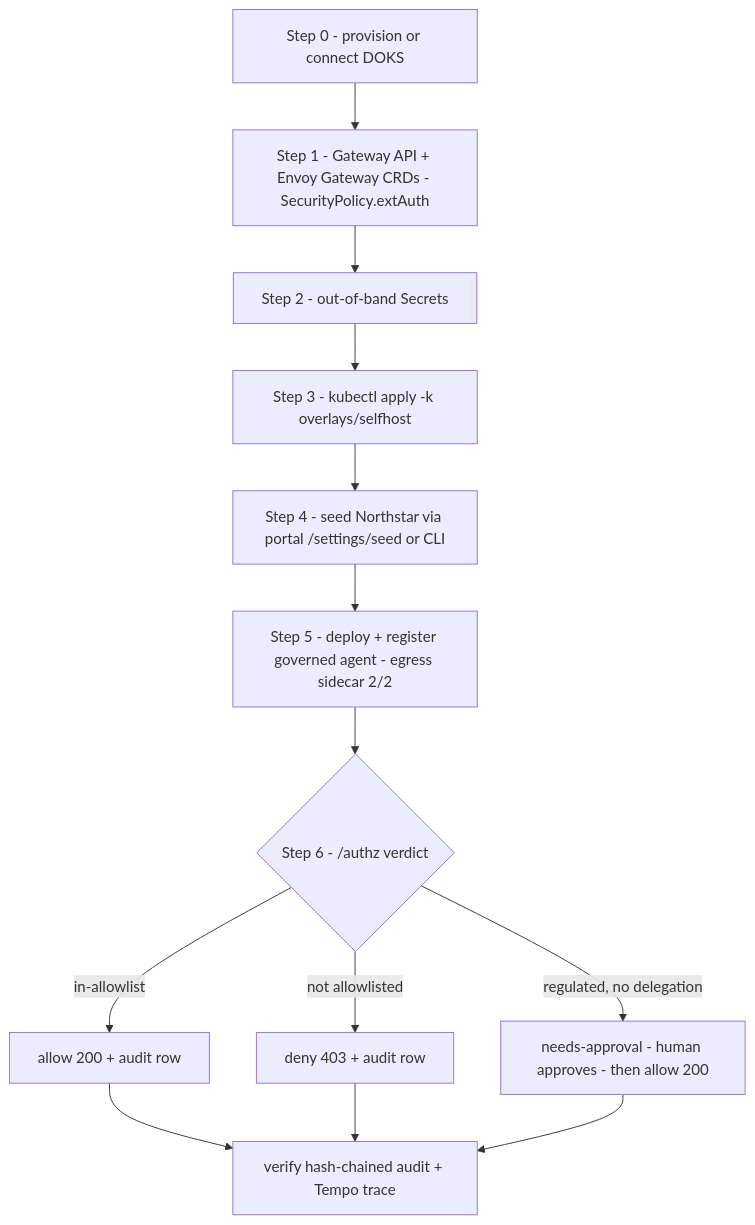
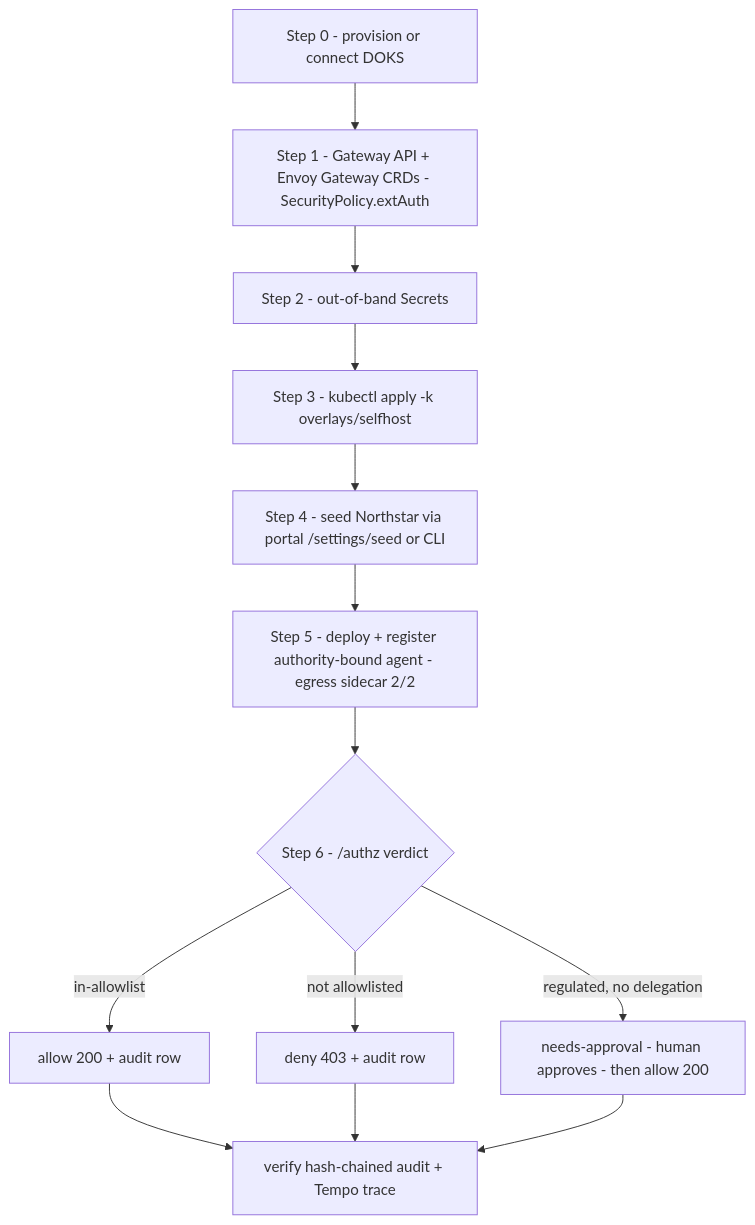
One commit to rogerchucker/palonexus-web changed the diagram in src/content/docs/operations/doks-runbook.md. Above: the diagram before and after it, drawn with Mermaid. The commit also changed other lines of this file and 88 other files, not shown here.

````diff
--- a/src/content/docs/operations/doks-runbook.md
+++ b/src/content/docs/operations/doks-runbook.md
@@ -104,15 +104,15 @@
 ```mermaid
 flowchart TD
   s0[Step 0 - provision or connect DOKS] --> s1[Step 1 - Gateway API + Envoy Gateway CRDs - SecurityPolicy.extAuth]
   s1 --> s2[Step 2 - out-of-band Secrets]
   s2 --> s3[Step 3 - kubectl apply -k overlays/selfhost]
   s3 --> s4[Step 4 - seed Northstar via portal /settings/seed or CLI]
-  s4 --> s5[Step 5 - deploy + register governed agent - egress sidecar 2/2]
+  s4 --> s5[Step 5 - deploy + register authority-bound agent - egress sidecar 2/2]
   s5 --> v{Step 6 - /authz verdict}
   v -->|in-allowlist| allow[allow 200 + audit row]
   v -->|not allowlisted| deny[deny 403 + audit row]
   v -->|regulated, no delegation| na[needs-approval - human approves - then allow 200]
   allow --> au[verify hash-chained audit + Tempo trace]
   deny --> au
   na --> au
 ```
````
